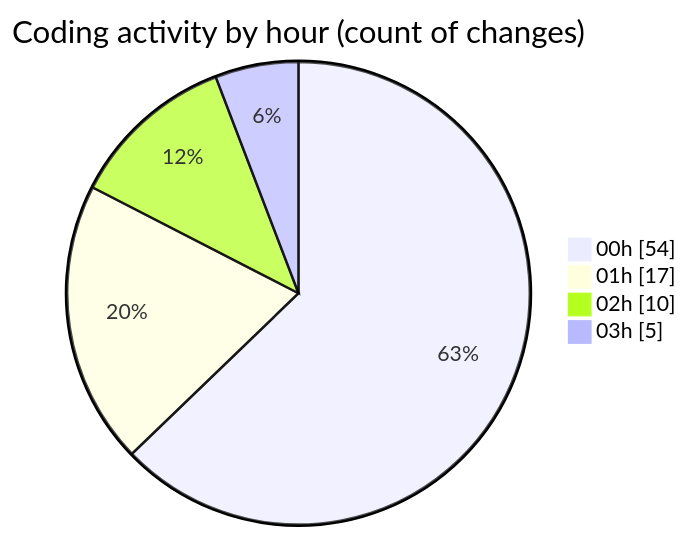
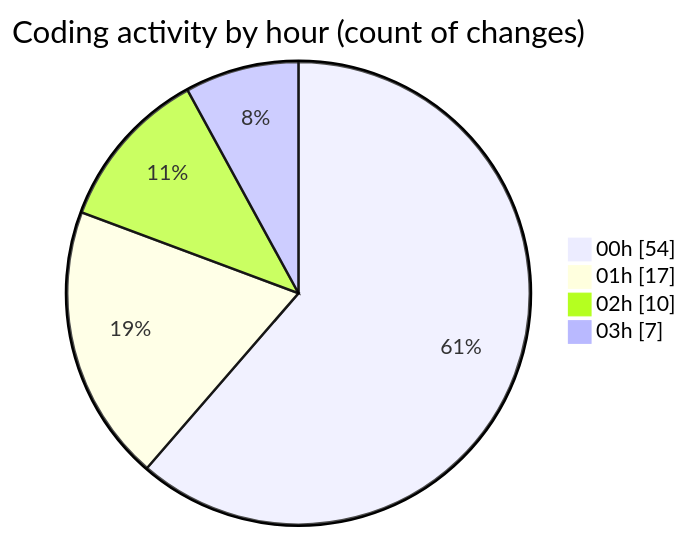
One commit to lephambinh05/code-tracking changed the second of 2 diagrams in 2025-07-26/quanlyrapchieuphim-1/README.md. Above: the diagram before and after it, drawn with Mermaid. The commit also changed other lines of this file and 1 other file, not shown here.

````diff
--- a/2025-07-26/quanlyrapchieuphim-1/README.md
+++ b/2025-07-26/quanlyrapchieuphim-1/README.md
@@ -35,8 +35,8 @@
 ```mermaid
 pie showData
 title Coding activity by hour (count of changes)
 "00h" : 54
 "01h" : 17
 "02h" : 10
-"03h" : 5
+"03h" : 7
 ```
````
